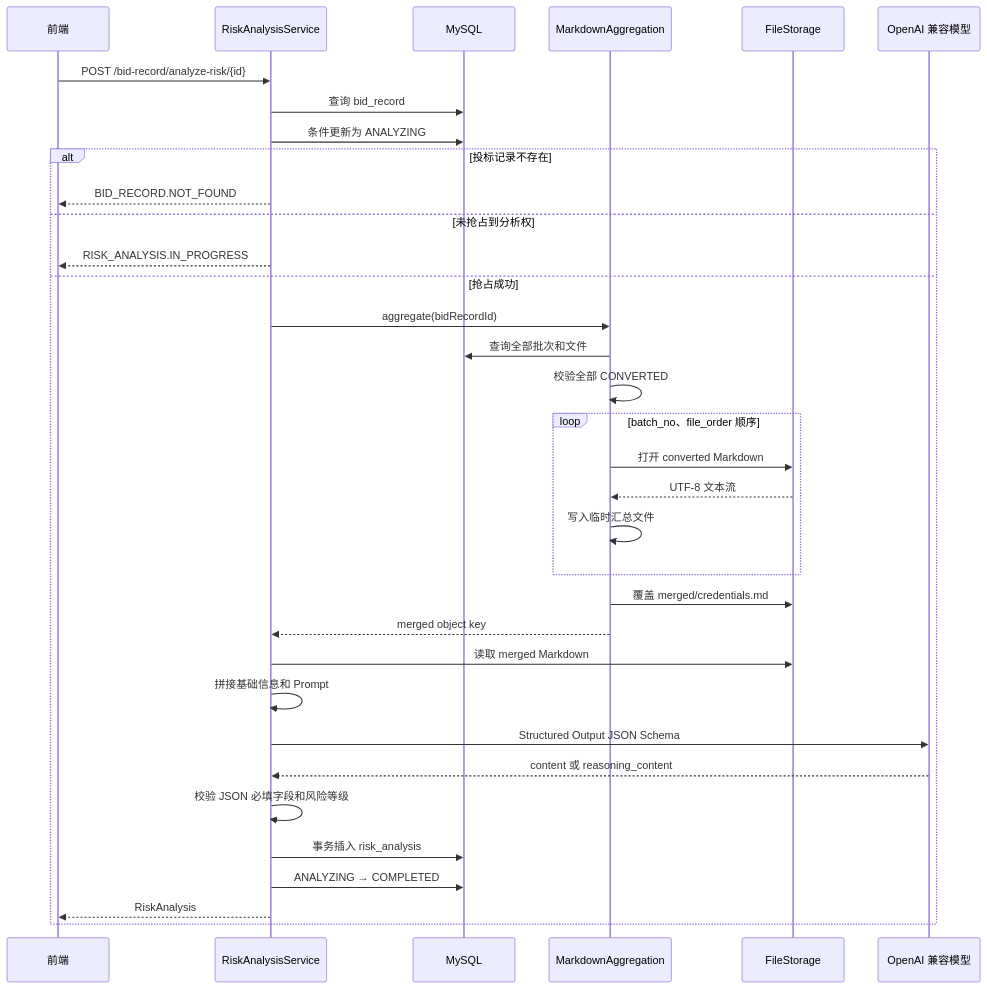
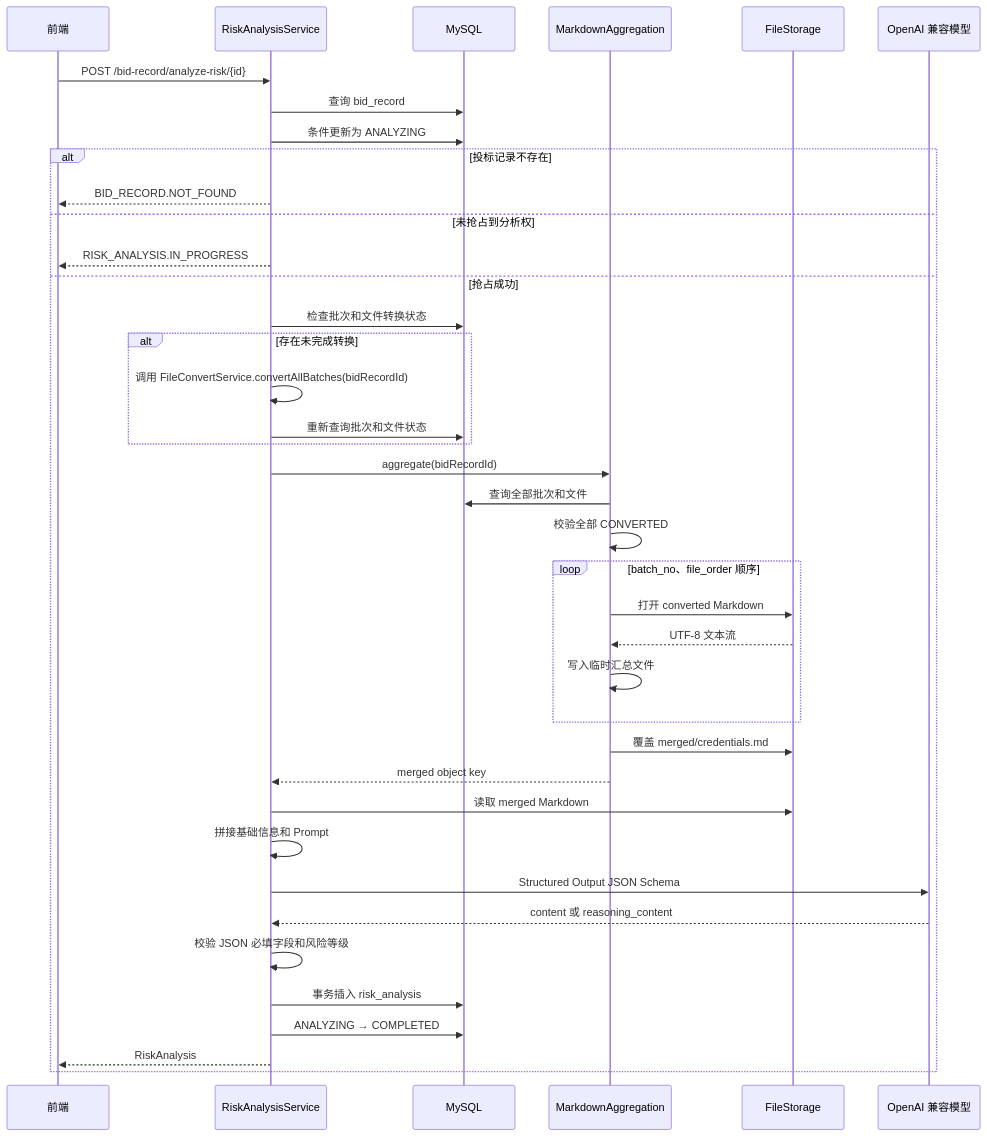
Diagram 11 of 11 in docs/business-process.md (Jianshi-Lu/smart-bid-platform-be), drawn with Mermaid before and after one commit. The commit also changed other lines of this file and 3 other files, not shown here.

````diff
--- a/docs/business-process.md
+++ b/docs/business-process.md
@@ -507,37 +512,42 @@
 ```mermaid
 sequenceDiagram
     participant FE as 前端
     participant R as RiskAnalysisService
     participant DB as MySQL
     participant A as MarkdownAggregation
     participant FS as FileStorage
     participant LLM as OpenAI 兼容模型
 
     FE->>R: POST /bid-record/analyze-risk/{id}
     R->>DB: 查询 bid_record
     R->>DB: 条件更新为 ANALYZING
     alt 投标记录不存在
         R-->>FE: BID_RECORD.NOT_FOUND
     else 未抢占到分析权
         R-->>FE: RISK_ANALYSIS.IN_PROGRESS
     else 抢占成功
+        R->>DB: 检查批次和文件转换状态
+        alt 存在未完成转换
+            R->>R: 调用 FileConvertService.convertAllBatches(bidRecordId)
+            R->>DB: 重新查询批次和文件状态
+        end
         R->>A: aggregate(bidRecordId)
         A->>DB: 查询全部批次和文件
         A->>A: 校验全部 CONVERTED
         loop batch_no、file_order 顺序
             A->>FS: 打开 converted Markdown
             FS-->>A: UTF-8 文本流
             A->>A: 写入临时汇总文件
         end
         A->>FS: 覆盖 merged/credentials.md
         A-->>R: merged object key
         R->>FS: 读取 merged Markdown
         R->>R: 拼接基础信息和 Prompt
         R->>LLM: Structured Output JSON Schema
         LLM-->>R: content 或 reasoning_content
         R->>R: 校验 JSON 必填字段和风险等级
         R->>DB: 事务插入 risk_analysis
         R->>DB: ANALYZING → COMPLETED
         R-->>FE: RiskAnalysis
     end
 ```
````
